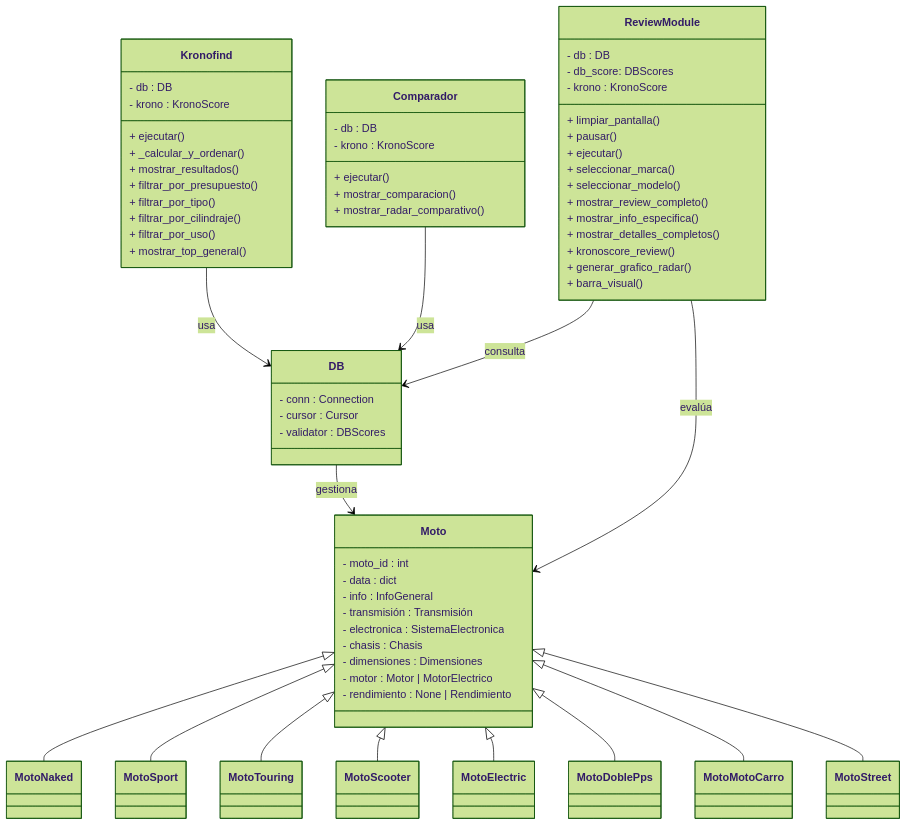
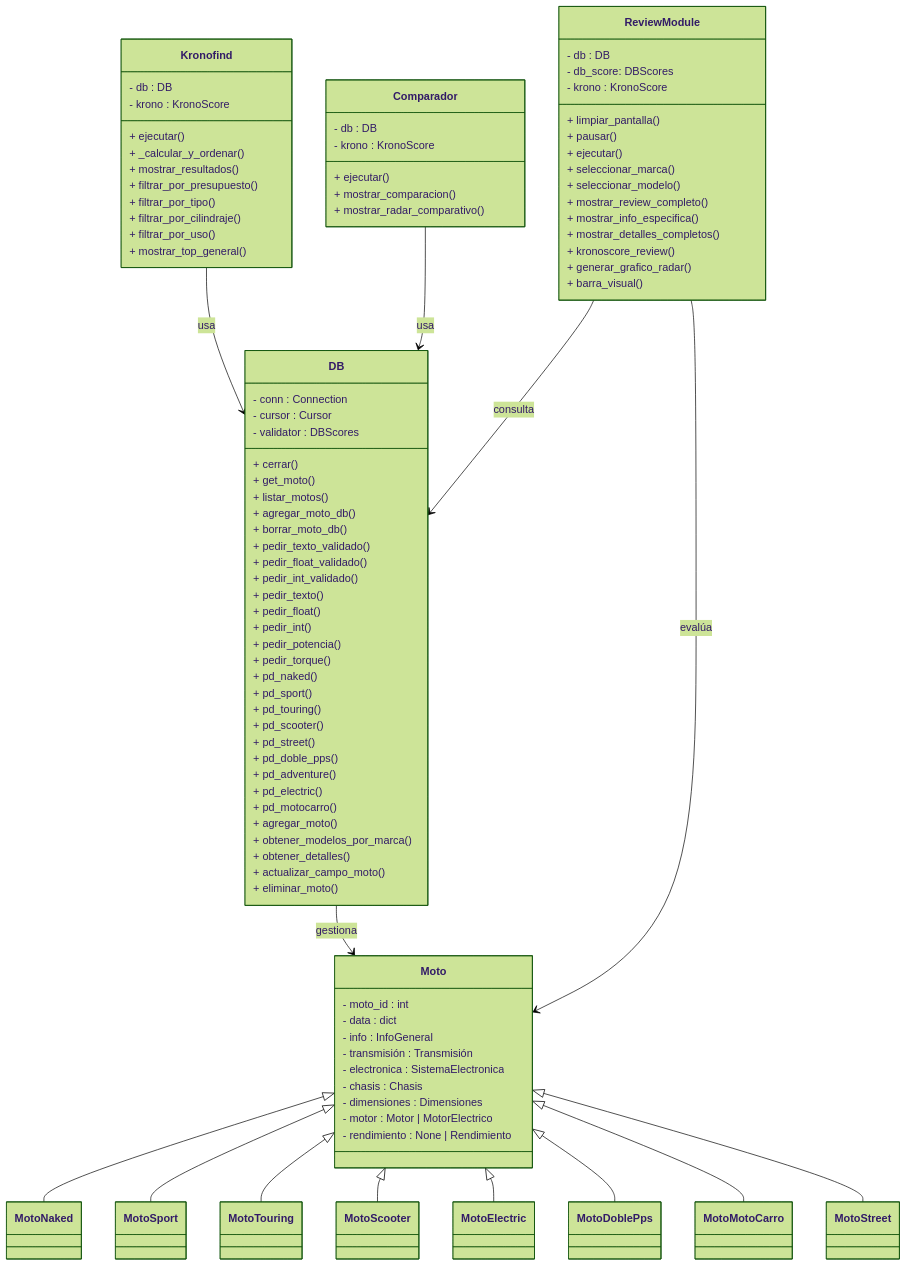
One commit to NotName-K/proj_Lkvk changed the seventh of 7 diagrams in README.md. Above: the diagram before and after it, drawn with Mermaid (forest theme). The commit also changed other lines of this file, not shown here.

```diff
--- a/README.md
+++ b/README.md
@@ -442,6 +469,33 @@
         - conn : Connection
         - cursor : Cursor
         - validator : DBScores
+        + cerrar()
+        + get_moto()
+        + listar_motos()
+        + agregar_moto_db()
+        + borrar_moto_db()
+        + pedir_texto_validado()
+        + pedir_float_validado()
+        + pedir_int_validado()
+        + pedir_texto()
+        + pedir_float()
+        + pedir_int()
+        + pedir_potencia()
+        + pedir_torque()
+        + pd_naked()
+        + pd_sport()
+        + pd_touring()
+        + pd_scooter()
+        + pd_street()
+        + pd_doble_pps()
+        + pd_adventure()
+        + pd_electric()
+        + pd_motocarro()
+        + agregar_moto()
+        + obtener_modelos_por_marca()
+        + obtener_detalles()
+        + actualizar_campo_moto()
+        + eliminar_moto()
     }
     
     class Kronofind {
```
